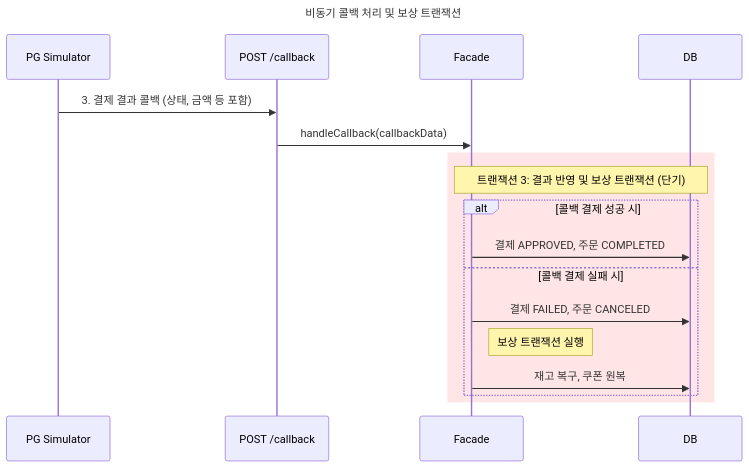
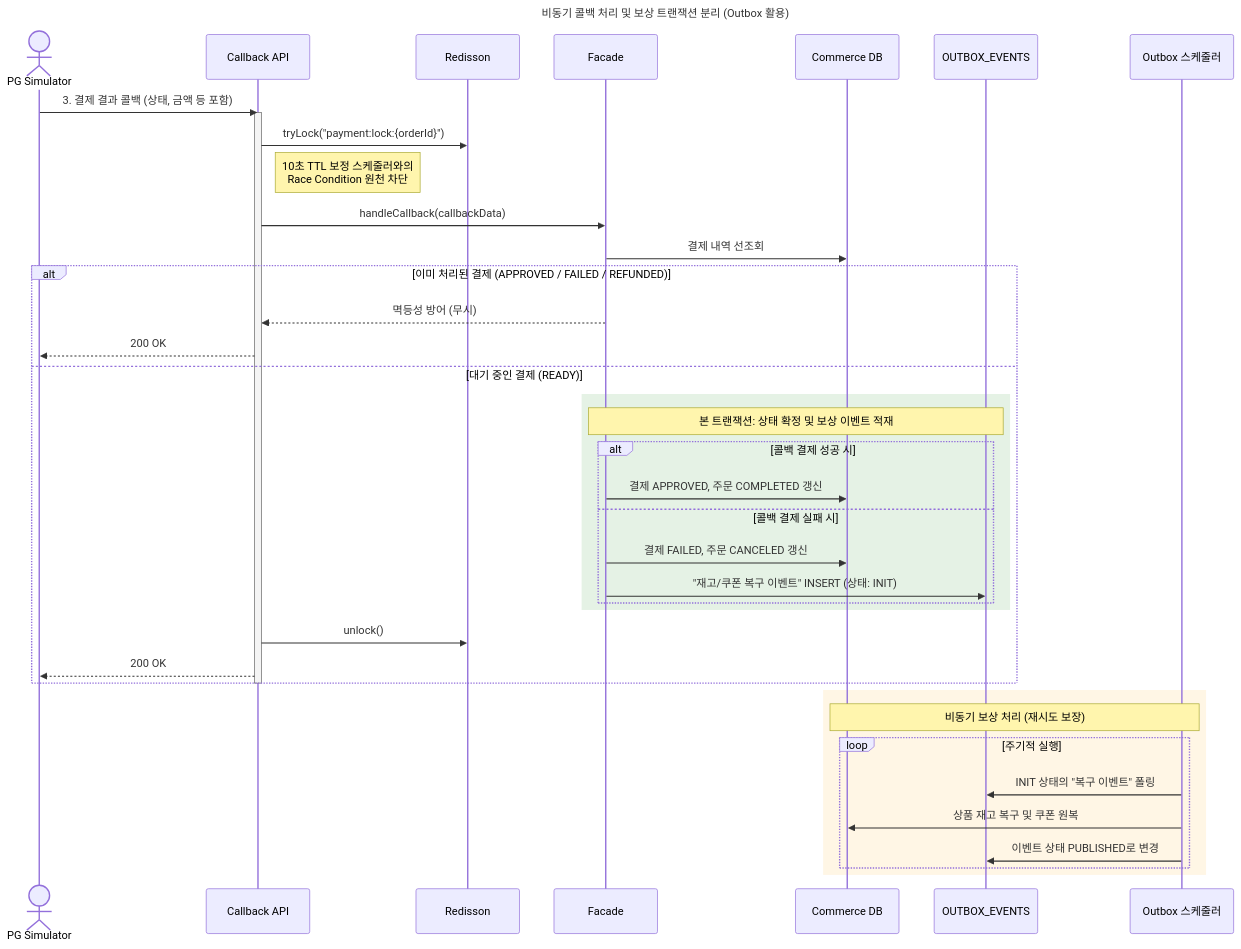
One commit to eelseungmin/loop-pack-be-l2-vol4-java changed the third of 12 diagrams in docs/week2/02-sequence-diagrams.md. Above: the diagram before and after it, drawn with Mermaid. The commit also changed other lines of this file and 4 other files, not shown here.

````diff
--- a/docs/week2/02-sequence-diagrams.md
+++ b/docs/week2/02-sequence-diagrams.md
@@ -125,22 +125,47 @@
 ```mermaid
 sequenceDiagram
-    title 비동기 콜백 처리 및 보상 트랜잭션
-    participant PG as PG Simulator
-    participant CallbackAPI as POST /callback
+    title 비동기 콜백 처리 및 보상 트랜잭션 분리 (Outbox 활용)
+    actor PG as PG Simulator
+    participant API as Callback API
+    participant Lock as Redisson
     participant Facade as Facade
-    participant DB
+    participant DB as Commerce DB
+    participant Outbox as OUTBOX_EVENTS
+    participant Scheduler as Outbox 스케줄러
 
-    PG->>CallbackAPI: 3. 결제 결과 콜백 (상태, 금액 등 포함)
-    CallbackAPI->>Facade: handleCallback(callbackData)
+    PG->>API: 3. 결제 결과 콜백 (상태, 금액 등 포함)
+    activate API
 
-    rect rgba(255, 0, 0, 0.1)
-        Note over Facade, DB: 트랜잭션 3: 결과 반영 및 보상 트랜잭션 (단기)
-        alt 콜백 결제 성공 시
-            Facade->>DB: 결제 APPROVED, 주문 COMPLETED
-        else 콜백 결제 실패 시
-            Facade->>DB: 결제 FAILED, 주문 CANCELED
-            Note right of Facade: 보상 트랜잭션 실행
-            Facade->>DB: 재고 복구, 쿠폰 원복
+    API->>Lock: tryLock("payment:lock:{orderId}")
+    Note right of API: 10초 TTL 보정 스케줄러와의<br>Race Condition 원천 차단
+    
+    API->>Facade: handleCallback(callbackData)
+    Facade->>DB: 결제 내역 선조회
+    
+    alt 이미 처리된 결제 (APPROVED / FAILED / REFUNDED)
+        Facade-->>API: 멱등성 방어 (무시)
+        API-->>PG: 200 OK
+    else 대기 중인 결제 (READY)
+        rect rgba(0, 128, 0, 0.1)
+            Note over Facade, Outbox: 본 트랜잭션: 상태 확정 및 보상 이벤트 적재
+            alt 콜백 결제 성공 시
+                Facade->>DB: 결제 APPROVED, 주문 COMPLETED 갱신
+            else 콜백 결제 실패 시
+                Facade->>DB: 결제 FAILED, 주문 CANCELED 갱신
+                Facade->>Outbox: "재고/쿠폰 복구 이벤트" INSERT (상태: INIT)
+            end
+        end
+        API->>Lock: unlock()
+        API-->>PG: 200 OK
+    end
+    deactivate API
+
+    rect rgba(255, 165, 0, 0.1)
+        Note over Scheduler, DB: 비동기 보상 처리 (재시도 보장)
+        loop 주기적 실행
+            Scheduler->>Outbox: INIT 상태의 "복구 이벤트" 폴링
+            Scheduler->>DB: 상품 재고 복구 및 쿠폰 원복
+            Scheduler->>Outbox: 이벤트 상태 PUBLISHED로 변경
         end
     end
 ```
````
